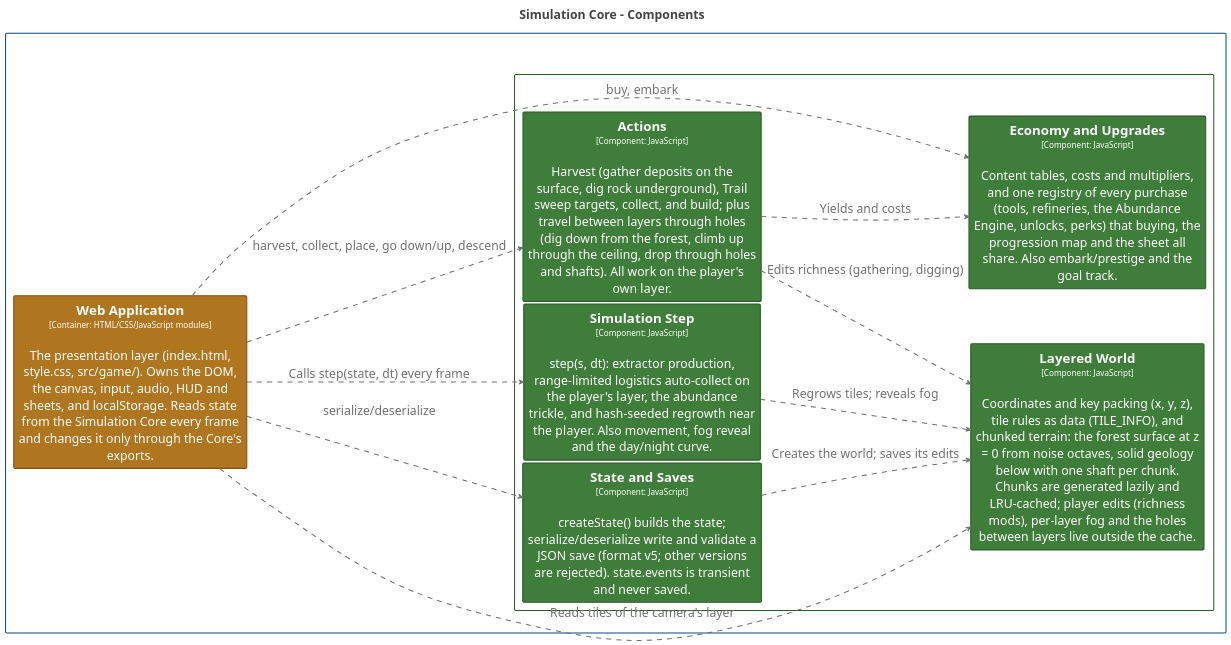
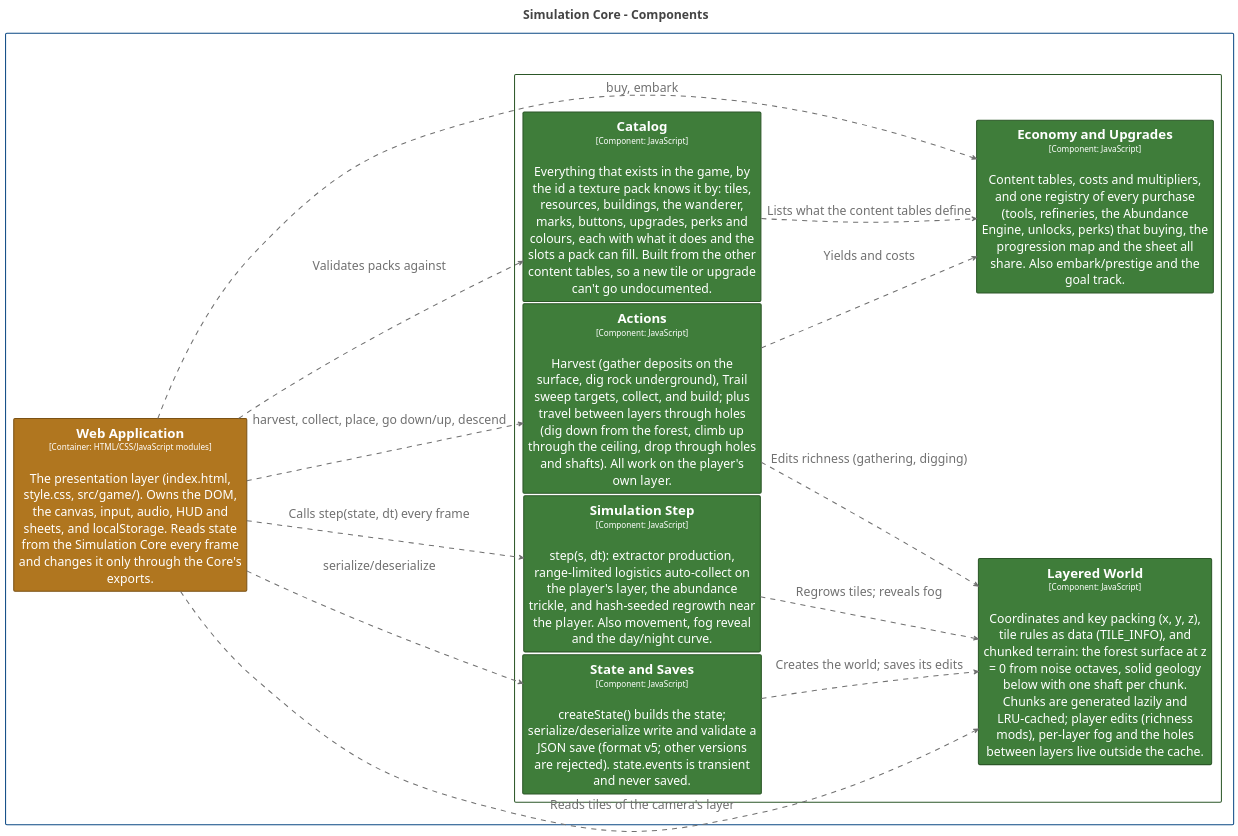
The diagram in structurizr/diagrams/CoreComponents.puml (bitkojine/more-than-enough), drawn with PlantUML before and after one commit. The commit also changed 138 other files, not shown here.

First line of the commit message:
v0.24.0: texture packs, and Lanternlight, a hand-drawn default pack

```diff
--- a/structurizr/diagrams/CoreComponents.puml
+++ b/structurizr/diagrams/CoreComponents.puml
@@ -2,94 +2,97 @@
 @startuml
 title <size:24>Simulation Core - Components</size>
 
 set separator none
 left to right direction
 skinparam ranksep 20
 skinparam nodesep 5
 hide stereotype
 
 <style>
   root {
     BackgroundColor: #ffffff;
     FontColor: #444444;
   }
   // Element,Component,Core Engine
   .Element-RWxlbWVudCxDb21wb25lbnQsQ29yZSBFbmdpbmU= {
     BackgroundColor: #3f7d3a;
     LineColor: #2c5728;
     LineStyle: 0;
     LineThickness: 2;
     FontColor: #ffffff;
     FontSize: 24;
     HorizontalAlignment: center;
     Shadowing: 0;
     MaximumWidth: 450;
   }
   // Element,Container,Presentation
   .Element-RWxlbWVudCxDb250YWluZXIsUHJlc2VudGF0aW9u {
     BackgroundColor: #b0761f;
     LineColor: #7b5215;
     LineStyle: 0;
     LineThickness: 2;
     FontColor: #ffffff;
     FontSize: 24;
     HorizontalAlignment: center;
     Shadowing: 0;
     MaximumWidth: 450;
   }
   // Relationship
   .Relationship-UmVsYXRpb25zaGlw {
     LineThickness: 2;
     LineStyle: 10-10;
     LineColor: #707070;
     FontColor: #707070;
     FontSize: 24;
     MaximumWidth: 200;
   }
   // MORE THAN ENOUGH
   .Boundary-TU9SRSBUSEFOIEVOT1VHSA== {
     BackgroundColor: #ffffff;
     LineColor: #0b4884;
     LineStyle: 0;
     LineThickness: 2;
     FontColor: #ffffff;
     FontSize: 24;
     HorizontalAlignment: center;
     Shadowing: 0;
   }
   // Simulation Core
   .Boundary-U2ltdWxhdGlvbiBDb3Jl {
     BackgroundColor: #ffffff;
     LineColor: #2c5728;
     LineStyle: 0;
     LineThickness: 2;
     FontColor: #ffffff;
     FontSize: 24;
     HorizontalAlignment: center;
     Shadowing: 0;
   }
 </style>
 
 rectangle "MORE THAN ENOUGH\n<size:16>[Software System]</size>" <<Boundary-TU9SRSBUSEFOIEVOT1VHSA==>> {
   rectangle "Simulation Core\n<size:16>[Container: JavaScript modules (browser + Node)]</size>" <<Boundary-U2ltdWxhdGlvbiBDb3Jl>> {
     rectangle "==Layered World\n<size:16>[Component: JavaScript]</size>\n\nCoordinates and key packing (x, y, z), tile rules as data (TILE_INFO), and chunked terrain: the forest surface at z = 0 from noise octaves, solid geology below with one shaft per chunk. Chunks are generated lazily and LRU-cached; player edits (richness mods), per-layer fog and the holes between layers live outside the cache." <<Element-RWxlbWVudCxDb21wb25lbnQsQ29yZSBFbmdpbmU=>> as MORETHANENOUGH.SimulationCore.LayeredWorld
     rectangle "==State and Saves\n<size:16>[Component: JavaScript]</size>\n\ncreateState() builds the state; serialize/deserialize write and validate a JSON save (format v5; other versions are rejected). state.events is transient and never saved." <<Element-RWxlbWVudCxDb21wb25lbnQsQ29yZSBFbmdpbmU=>> as MORETHANENOUGH.SimulationCore.StateandSaves
     rectangle "==Simulation Step\n<size:16>[Component: JavaScript]</size>\n\nstep(s, dt): extractor production, range-limited logistics auto-collect on the player's layer, the abundance trickle, and hash-seeded regrowth near the player. Also movement, fog reveal and the day/night curve." <<Element-RWxlbWVudCxDb21wb25lbnQsQ29yZSBFbmdpbmU=>> as MORETHANENOUGH.SimulationCore.SimulationStep
     rectangle "==Actions\n<size:16>[Component: JavaScript]</size>\n\nHarvest (gather deposits on the surface, dig rock underground), Trail sweep targets, collect, and build; plus travel between layers through holes (dig down from the forest, climb up through the ceiling, drop through holes and shafts). All work on the player's own layer." <<Element-RWxlbWVudCxDb21wb25lbnQsQ29yZSBFbmdpbmU=>> as MORETHANENOUGH.SimulationCore.Actions
+    rectangle "==Catalog\n<size:16>[Component: JavaScript]</size>\n\nEverything that exists in the game, by the id a texture pack knows it by: tiles, resources, buildings, the wanderer, marks, buttons, upgrades, perks and colours, each with what it does and the slots a pack can fill. Built from the other content tables, so a new tile or upgrade can't go undocumented." <<Element-RWxlbWVudCxDb21wb25lbnQsQ29yZSBFbmdpbmU=>> as MORETHANENOUGH.SimulationCore.Catalog
     rectangle "==Economy and Upgrades\n<size:16>[Component: JavaScript]</size>\n\nContent tables, costs and multipliers, and one registry of every purchase (tools, refineries, the Abundance Engine, unlocks, perks) that buying, the progression map and the sheet all share. Also embark/prestige and the goal track." <<Element-RWxlbWVudCxDb21wb25lbnQsQ29yZSBFbmdpbmU=>> as MORETHANENOUGH.SimulationCore.EconomyandUpgrades
   }
 
   rectangle "==Web Application\n<size:16>[Container: HTML/CSS/JavaScript modules]</size>\n\nThe presentation layer (index.html, style.css, src/game/). Owns the DOM, the canvas, input, audio, HUD and sheets, and localStorage. Reads state from the Simulation Core every frame and changes it only through the Core's exports." <<Element-RWxlbWVudCxDb250YWluZXIsUHJlc2VudGF0aW9u>> as MORETHANENOUGH.WebApplication
 }
 
 MORETHANENOUGH.WebApplication --> MORETHANENOUGH.SimulationCore.SimulationStep <<Relationship-UmVsYXRpb25zaGlw>> : "Calls step(state, dt) every frame"
 MORETHANENOUGH.WebApplication --> MORETHANENOUGH.SimulationCore.Actions <<Relationship-UmVsYXRpb25zaGlw>> : "harvest, collect, place, go down/up, descend"
 MORETHANENOUGH.WebApplication --> MORETHANENOUGH.SimulationCore.EconomyandUpgrades <<Relationship-UmVsYXRpb25zaGlw>> : "buy, embark"
 MORETHANENOUGH.WebApplication --> MORETHANENOUGH.SimulationCore.LayeredWorld <<Relationship-UmVsYXRpb25zaGlw>> : "Reads tiles of the camera's layer"
 MORETHANENOUGH.WebApplication --> MORETHANENOUGH.SimulationCore.StateandSaves <<Relationship-UmVsYXRpb25zaGlw>> : "serialize/deserialize"
+MORETHANENOUGH.WebApplication --> MORETHANENOUGH.SimulationCore.Catalog <<Relationship-UmVsYXRpb25zaGlw>> : "Validates packs against"
+MORETHANENOUGH.SimulationCore.Catalog --> MORETHANENOUGH.SimulationCore.EconomyandUpgrades <<Relationship-UmVsYXRpb25zaGlw>> : "Lists what the content tables define"
 MORETHANENOUGH.SimulationCore.SimulationStep --> MORETHANENOUGH.SimulationCore.LayeredWorld <<Relationship-UmVsYXRpb25zaGlw>> : "Regrows tiles; reveals fog"
 MORETHANENOUGH.SimulationCore.Actions --> MORETHANENOUGH.SimulationCore.LayeredWorld <<Relationship-UmVsYXRpb25zaGlw>> : "Edits richness (gathering, digging)"
 MORETHANENOUGH.SimulationCore.Actions --> MORETHANENOUGH.SimulationCore.EconomyandUpgrades <<Relationship-UmVsYXRpb25zaGlw>> : "Yields and costs"
 MORETHANENOUGH.SimulationCore.StateandSaves --> MORETHANENOUGH.SimulationCore.LayeredWorld <<Relationship-UmVsYXRpb25zaGlw>> : "Creates the world; saves its edits"
 
 @enduml
```
